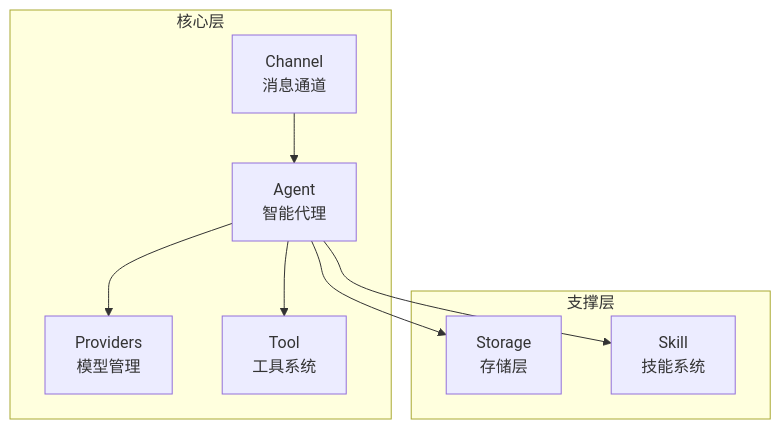
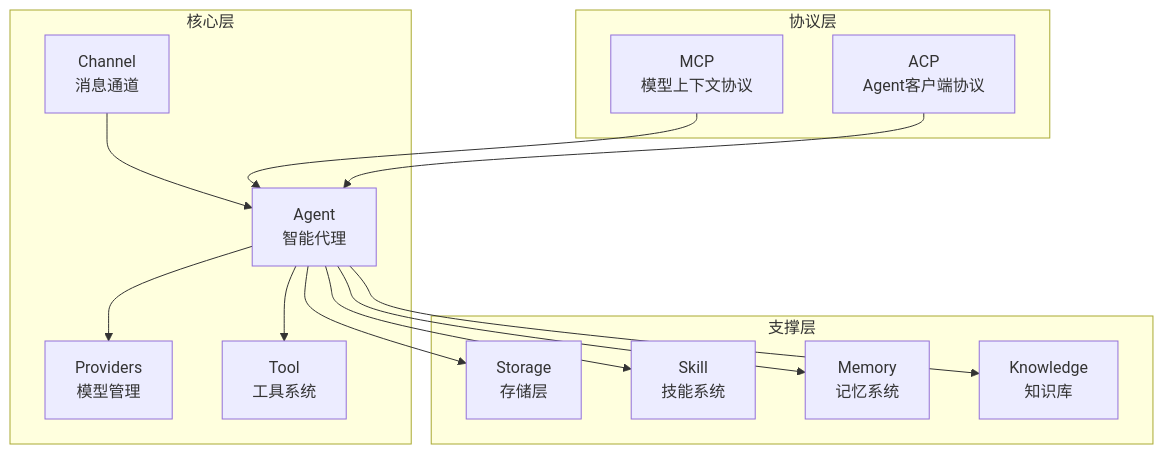
One commit to jesspig/micro-agent changed the second of 4 diagrams in docs/guide/architecture.md. Above: the diagram before and after it, drawn with Mermaid. The commit also changed other lines of this file and 25 other files, not shown here.

````diff
--- a/docs/guide/architecture.md
+++ b/docs/guide/architecture.md
@@ -83,20 +83,31 @@
 ```mermaid
 graph TB
     subgraph 核心层
         Agent[Agent<br/>智能代理]
         Providers[Providers<br/>模型管理]
         Tools[Tool<br/>工具系统]
         Channels[Channel<br/>消息通道]
     end
     
     subgraph 支撑层
         Storage[Storage<br/>存储层]
         Skills[Skill<br/>技能系统]
+        Memory[Memory<br/>记忆系统]
+        Knowledge[Knowledge<br/>知识库]
+    end
+    
+    subgraph 协议层
+        MCP[MCP<br/>模型上下文协议]
+        ACP[ACP<br/>Agent客户端协议]
     end
     
     Agent --> Providers
     Agent --> Tools
     Agent --> Storage
     Agent --> Skills
+    Agent --> Memory
+    Agent --> Knowledge
     Channels --> Agent
+    MCP --> Agent
+    ACP --> Agent
 ```
````
